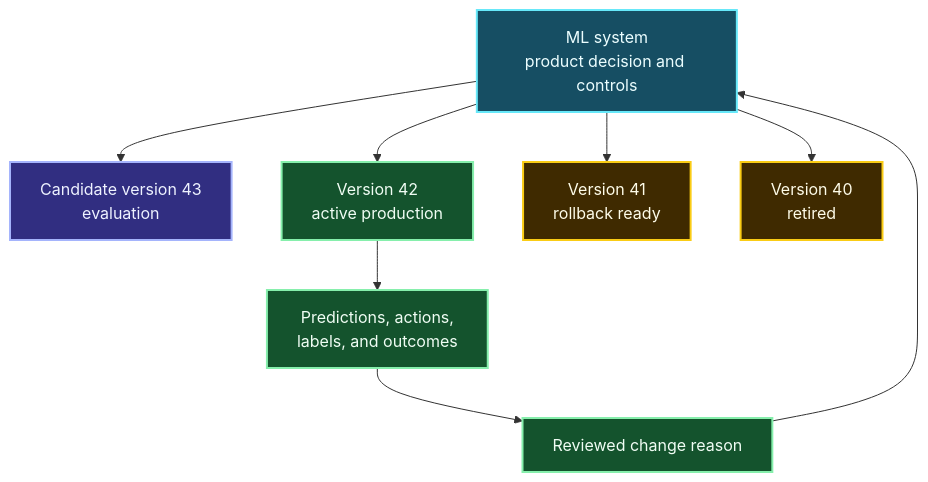
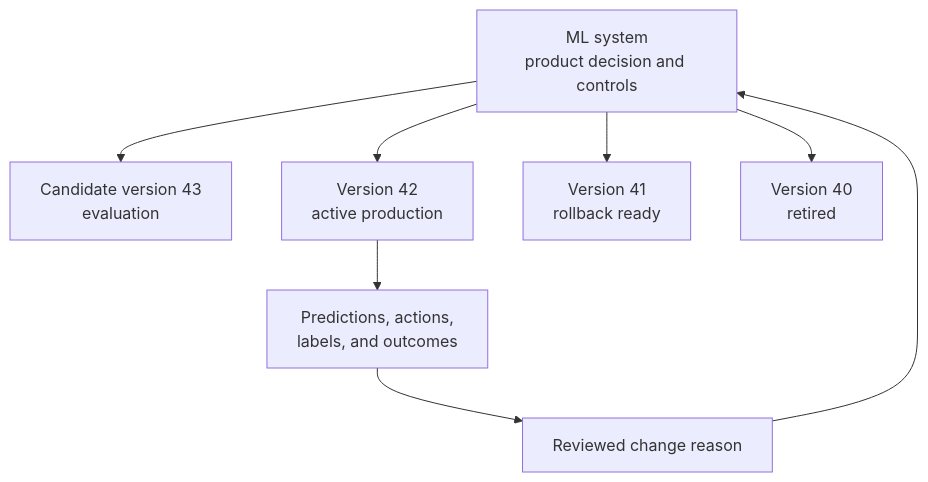
Before and after one commit to senlinyy/dev-roadmaps: the first of 4 diagrams in roadmaps/mlops/modules/mlops-foundations/what-mlops-solves/02-ml-system-lifecycle.md, drawn with Mermaid. The commit also changed other lines of this file and 152 other files, not shown here.

Commit message:
feat: mlops and diagrams updated

````diff
--- a/roadmaps/mlops/modules/mlops-foundations/what-mlops-solves/02-ml-system-lifecycle.md
+++ b/roadmaps/mlops/modules/mlops-foundations/what-mlops-solves/02-ml-system-lifecycle.md
@@ -57,19 +59,15 @@
 ```mermaid
 flowchart TD
     A["ML system<br/>product decision and controls"] --> B["Candidate version 43<br/>evaluation"]
     A --> C["Version 42<br/>active production"]
     A --> D["Version 41<br/>rollback ready"]
     A --> E["Version 40<br/>retired"]
     C --> F["Predictions, actions,<br/>labels, and outcomes"]
     F --> G["Reviewed change reason"]
     G --> A
 
-    classDef system fill:#164E63,stroke:#67E8F9,color:#ECFEFF,stroke-width:2px;
-    classDef candidate fill:#312E81,stroke:#A5B4FC,color:#EEF2FF,stroke-width:2px;
-    classDef active fill:#14532D,stroke:#86EFAC,color:#F0FDF4,stroke-width:2px;
-    classDef history fill:#3F2A00,stroke:#FACC15,color:#FEFCE8,stroke-width:2px;
     class A system;
     class B candidate;
     class C,F,G active;
     class D,E history;
 ```
````
